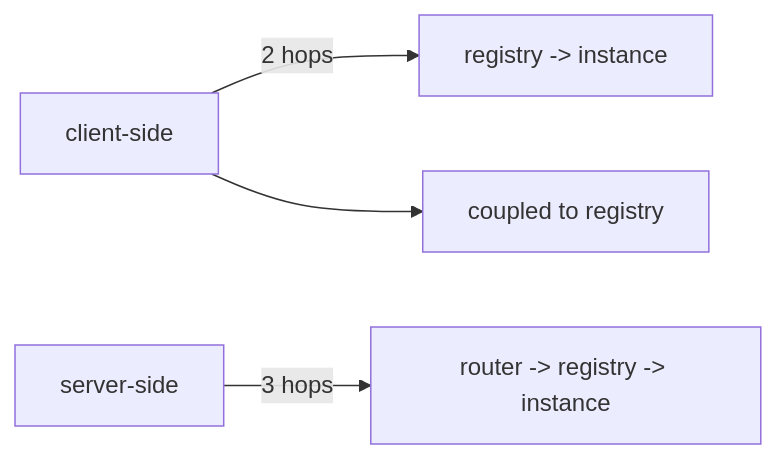
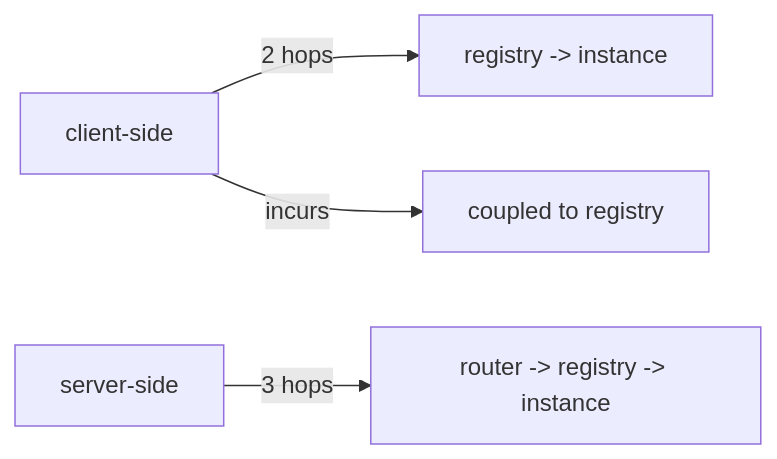
One commit to vinayakuber/microservices-io-study-guide changed diagram 12 of 13 in docs/ch09-client-side-discovery.md. Above: the diagram before and after it, drawn with Mermaid. The commit also changed other lines of this file and 71 other files, not shown here.

First line of the commit message:
R18: label every diagram arrow with its meaning

````diff
--- a/docs/ch09-client-side-discovery.md
+++ b/docs/ch09-client-side-discovery.md
@@ -441,6 +441,6 @@
 ```mermaid
 flowchart LR
   CS["client-side"] -->|"2 hops"| D1["registry -> instance"]
   SS["server-side"] -->|"3 hops"| D2["router -> registry -> instance"]
-  CS --> COUP["coupled to registry"]
+  CS -->|"incurs"| COUP["coupled to registry"]
 ```
````
